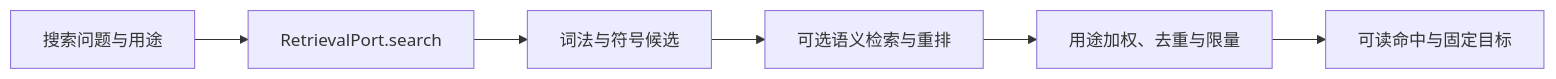
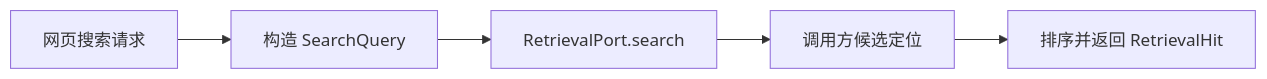
Before and after one commit to lejunyang/omem: the diagram in .repo-review/knowledge/articles/e1aefe156d02f69476a443ae16951b1e4d0f5e30e2f93765c433725e810452db.md, drawn with Mermaid. The commit also changed other lines of this file and 23 other files, not shown here.

````diff
--- a/.repo-review/knowledge/articles/e1aefe156d02f69476a443ae16951b1e4d0f5e30e2f93765c433725e810452db.md
+++ b/.repo-review/knowledge/articles/e1aefe156d02f69476a443ae16951b1e4d0f5e30e2f93765c433725e810452db.md
@@ -19,8 +19,7 @@
 ```mermaid
 flowchart LR
-  A[搜索问题与用途] --> B[RetrievalPort.search]
-  B --> C[词法与符号候选]
-  C --> D[可选语义检索与重排]
-  D --> E[用途加权、去重与限量]
-  E --> F[可读命中与固定目标]
+  A[网页搜索请求] --> B[构造 SearchQuery]
+  B --> C[RetrievalPort.search]
+  C --> D[调用方候选定位]
+  D --> E[排序并返回 RetrievalHit]
 ```
````
